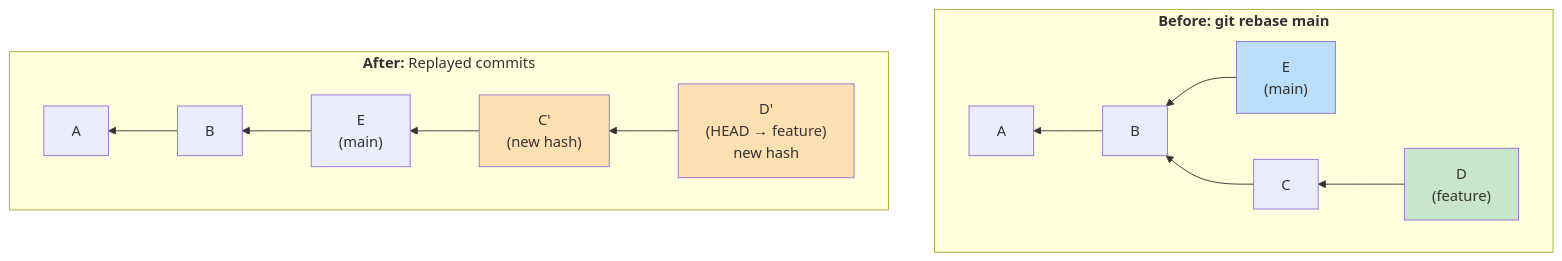
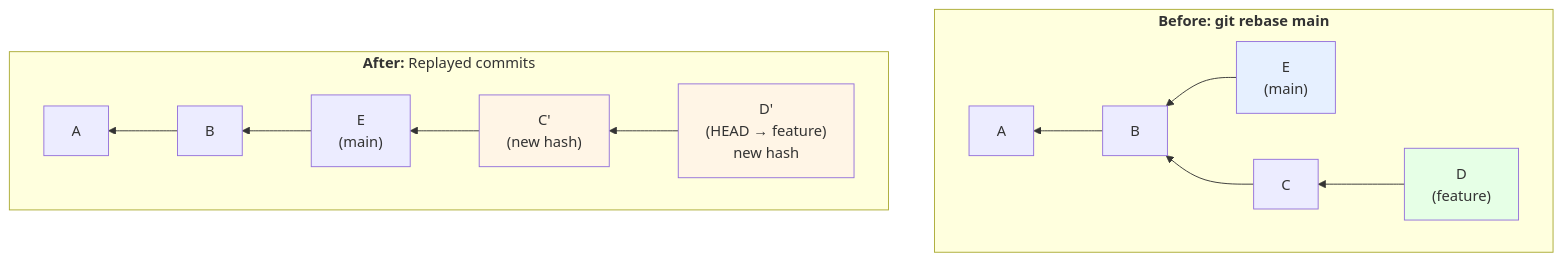
One commit to mohammedsaif001/full-stack-engineering-notes changed the sixth of 8 diagrams in 02-github/Github.md. Above: the diagram before and after it, drawn with Mermaid. The commit also changed other lines of this file and 1 other file, not shown here.

````diff
--- a/02-github/Github.md
+++ b/02-github/Github.md
@@ -564,35 +569,36 @@
 ```mermaid
+%%{init: {'theme': 'default', 'themeVariables': { 'primaryColor': '#fff5e6', 'primaryTextColor': '#000', 'primaryBorderColor': '#0066cc'}} }%%
 graph TB
     subgraph Before["<b>Before: git rebase main</b>"]
         direction RL
         A["A"]
         B["B"]
         E["E<br/>(main)"]
         C["C"]
         D["D<br/>(feature)"]
         
         E --> B
         B --> A
         D --> C
         C --> B
     end
     
     subgraph After["<b>After:</b> Replayed commits"]
         direction RL
         A2["A"]
         B2["B"]
         E2["E<br/>(main)"]
         C2["C'<br/>(new hash)"]
         D2["D'<br/>(HEAD → feature)<br/>new hash"]
         
         E2 --> B2
         B2 --> A2
         C2 --> E2
         D2 --> C2
     end
     
-    style E fill:#bbdefb
-    style D fill:#c8e6c9
-    style C2 fill:#ffe0b2
-    style D2 fill:#ffe0b2
+    style E fill:#e6f0ff
+    style D fill:#e6ffe6
+    style C2 fill:#fff5e6
+    style D2 fill:#fff5e6
 ```
````
